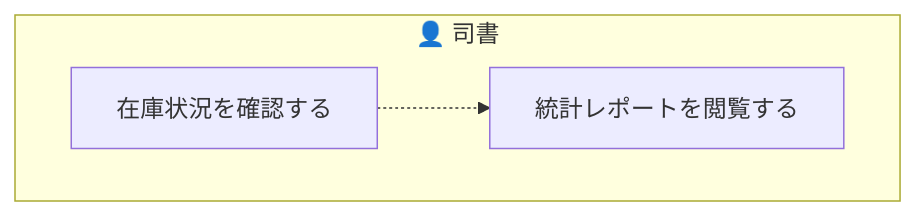
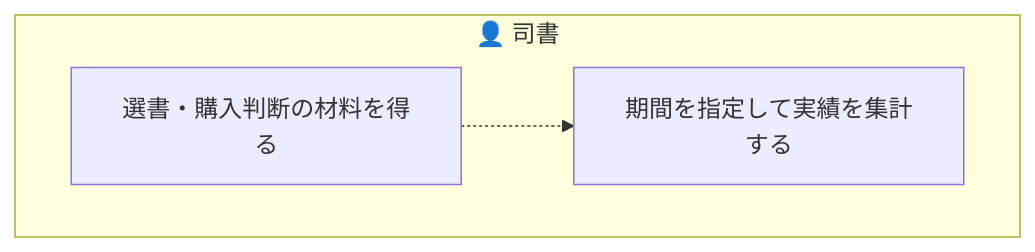
One commit to suwa-sh/suwa-sh-claude-plugins changed diagram 13 of 13 in samples/distillery/pipeline/rdra/latest/views/03_業務フロー.md. Above: the diagram before and after it, drawn with Mermaid. The commit also changed other lines of this file and 1723 other files, not shown here.

````diff
--- a/samples/distillery/pipeline/rdra/latest/views/03_業務フロー.md
+++ b/samples/distillery/pipeline/rdra/latest/views/03_業務フロー.md
@@ -158,8 +301,8 @@
 ```mermaid
 graph TD
   subgraph LN1["👤 司書"]
-    AT1["在庫状況を確認する"]
-    AT2["統計レポートを閲覧する"]
+    AT1["選書・購入判断の材料を得る"]
+    AT2["期間を指定して実績を集計する"]
   end
   AT1 -.-> AT2
 ```
````
